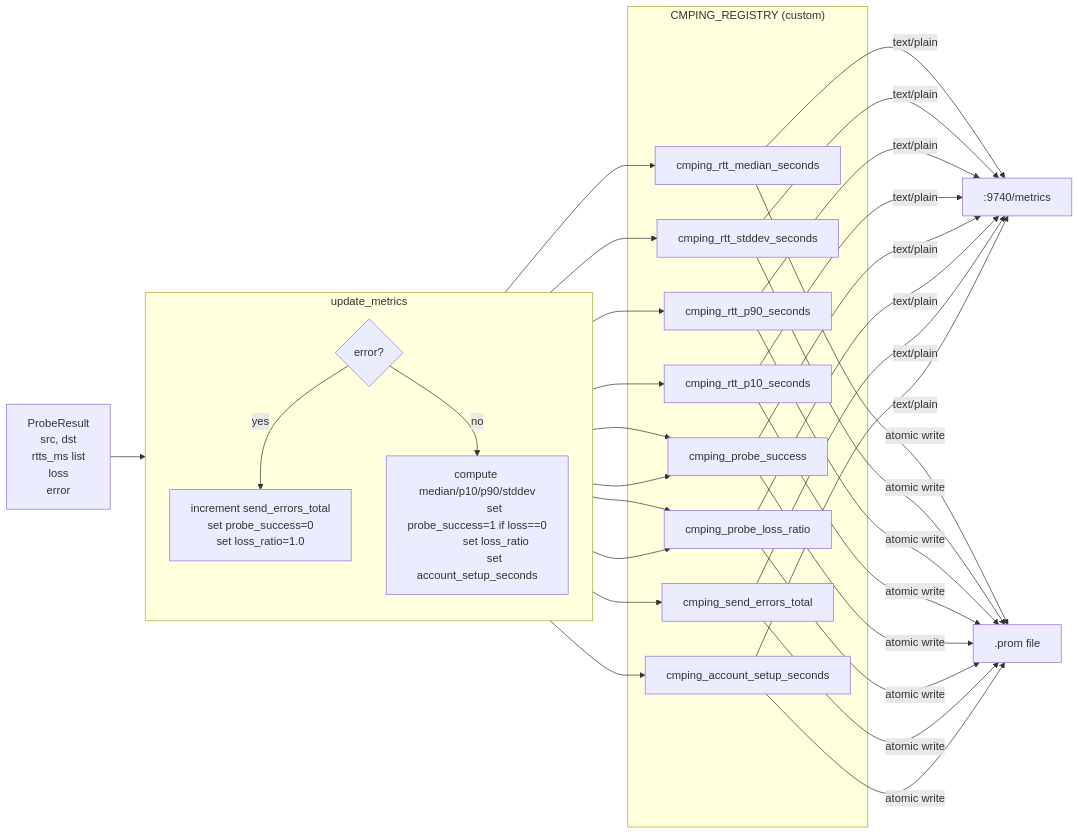
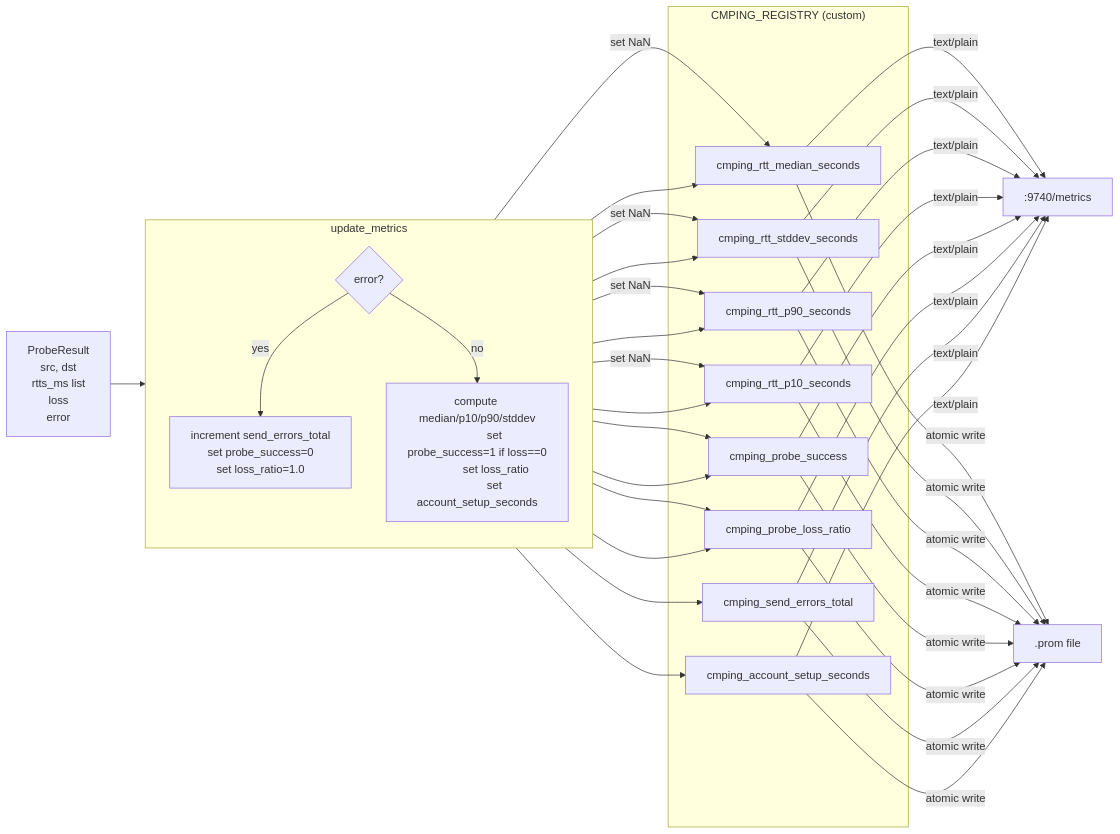
The sixth of 9 diagrams in TECHNICAL.md (j4n/chatmail-prober), drawn with Mermaid before and after one commit. The commit also changed other lines of this file and 1 other file, not shown here.

````diff
--- a/TECHNICAL.md
+++ b/TECHNICAL.md
@@ -365,48 +365,52 @@
 ```mermaid
 flowchart LR
     PR["ProbeResult
         src, dst
         rtts_ms list
         loss
         error"]
 
     subgraph update_metrics
         direction TB
         CHK{error?}
         ERR["increment send_errors_total
             set probe_success=0
             set loss_ratio=1.0"]
         OK["compute median/p10/p90/stddev
             set probe_success=1 if loss==0
             set loss_ratio
             set account_setup_seconds"]
     end
 
     subgraph CMPING_REGISTRY["CMPING_REGISTRY (custom)"]
         M1[cmping_rtt_median_seconds]
         M2[cmping_rtt_stddev_seconds]
         M3[cmping_rtt_p90_seconds]
         M4[cmping_rtt_p10_seconds]
         M5[cmping_probe_success]
         M6[cmping_probe_loss_ratio]
         M7[cmping_send_errors_total]
         M8[cmping_account_setup_seconds]
     end
 
     PR --> CHK
     CHK -->|yes| ERR
     CHK -->|no| OK
     ERR --> M5
     ERR --> M6
     ERR --> M7
+    ERR -->|"set NaN"| M1
+    ERR -->|"set NaN"| M2
+    ERR -->|"set NaN"| M3
+    ERR -->|"set NaN"| M4
     OK --> M1
     OK --> M2
     OK --> M3
     OK --> M4
     OK --> M5
     OK --> M6
     OK --> M8
 
     M1 & M2 & M3 & M4 & M5 & M6 & M7 & M8 -->|"text/plain"| HTTP[":9740/metrics"]
     M1 & M2 & M3 & M4 & M5 & M6 & M7 & M8 -->|"atomic write"| TEXTFILE[".prom file"]
 ```
````
